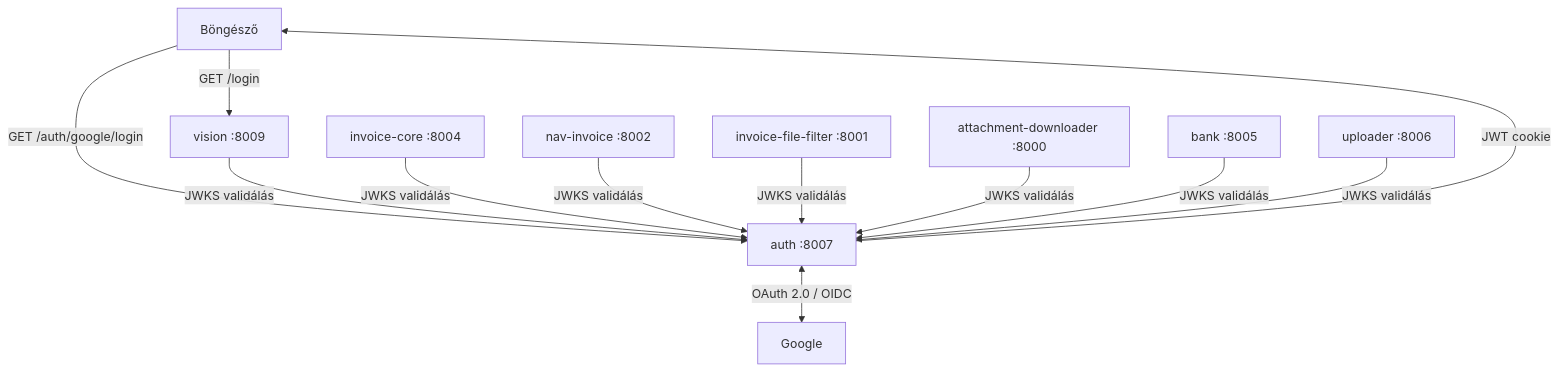
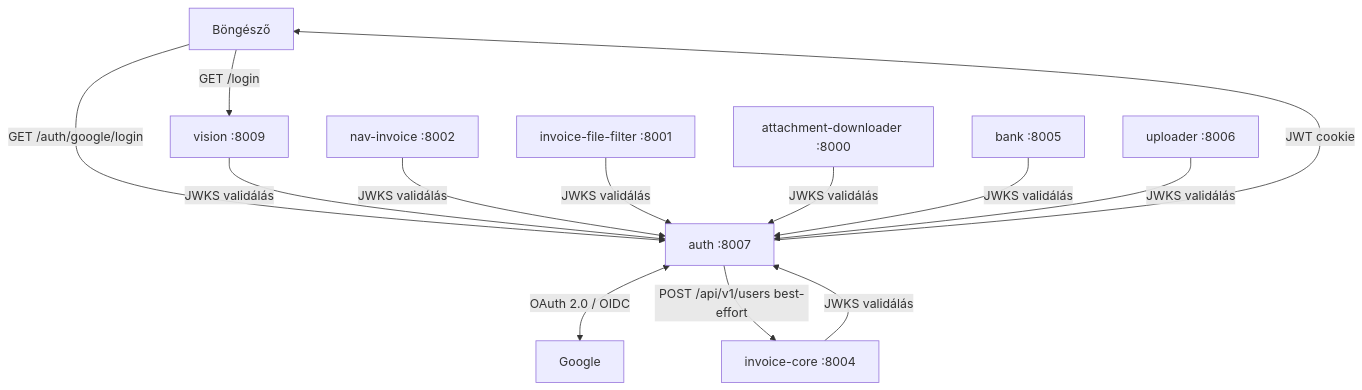
The second of 2 diagrams in moneypenny/auth-service-spec.md (graphtrek/tiro), drawn with Mermaid before and after one commit. The commit also changed other lines of this file and 18 other files, not shown here.

````diff
--- a/moneypenny/auth-service-spec.md
+++ b/moneypenny/auth-service-spec.md
@@ -283,15 +303,16 @@
 ```mermaid
 flowchart TD
     B[Böngésző] -->|GET /login| V[vision :8009]
     B -->|GET /auth/google/login| A[auth :8007]
     A <-->|OAuth 2.0 / OIDC| G[Google]
     A -->|JWT cookie| B
 
     V -->|JWKS validálás| A
     IC[invoice-core :8004] -->|JWKS validálás| A
+    A -->|POST /api/v1/users best-effort| IC
     NAV[nav-invoice :8002] -->|JWKS validálás| A
     IFF[invoice-file-filter :8001] -->|JWKS validálás| A
     AD[attachment-downloader :8000] -->|JWKS validálás| A
     BK[bank :8005] -->|JWKS validálás| A
     UP[uploader :8006] -->|JWKS validálás| A
 ```
````
